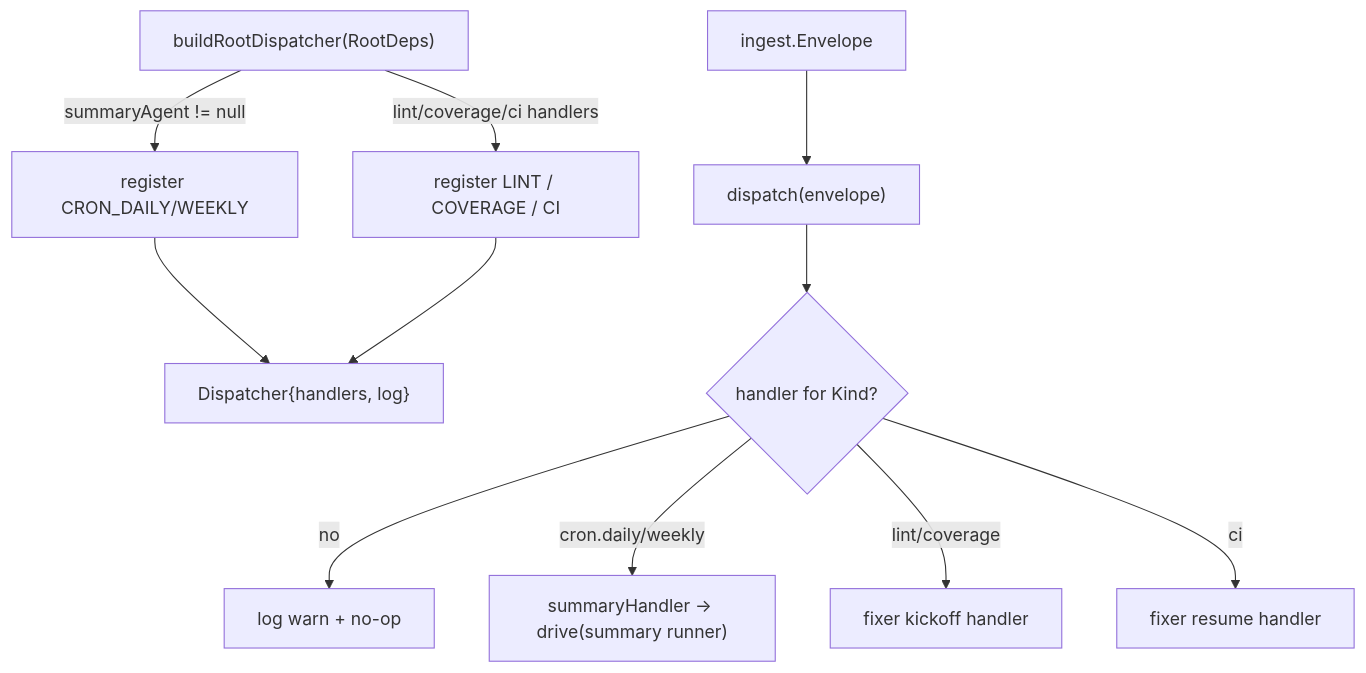
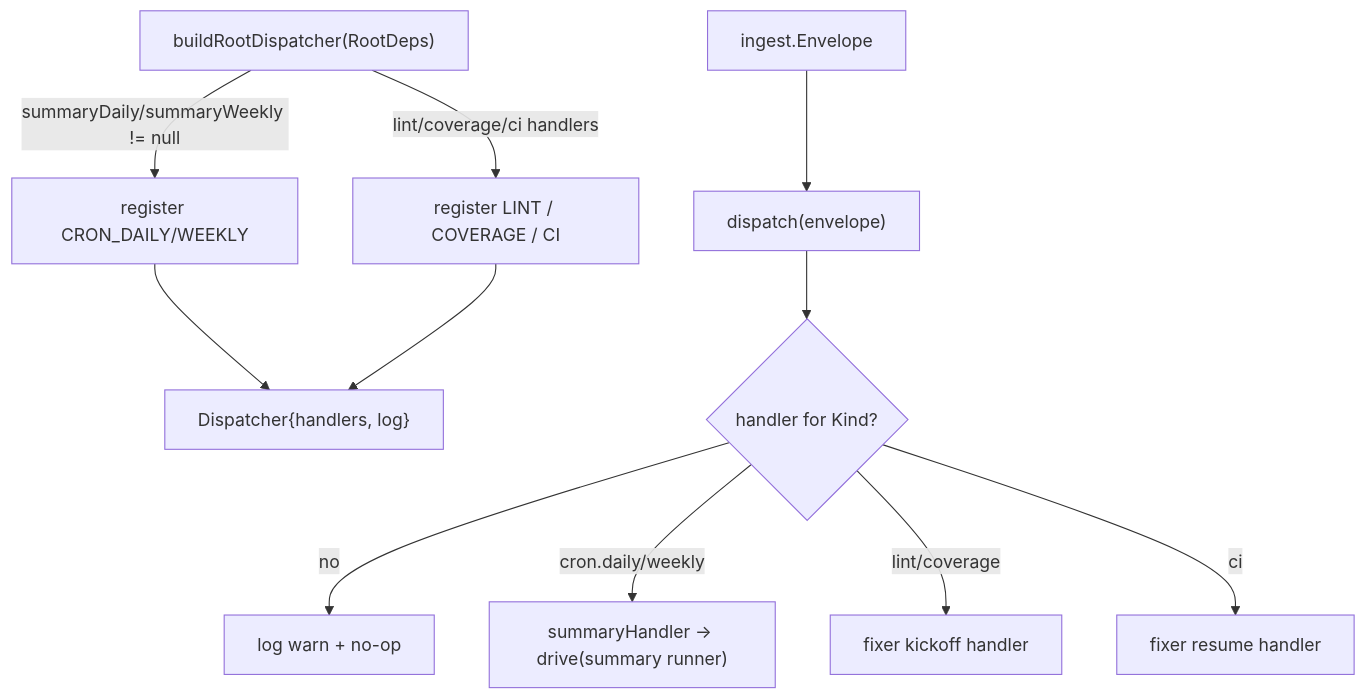
One commit to jkjamies/automation-agent changed the diagram in kotlin/src/main/kotlin/io/github/jkjamies/automationagent/agent/root/AGENTS.md. Above: the diagram before and after it, drawn with Mermaid. The commit also changed 18 other files, not shown here.

````diff
--- a/kotlin/src/main/kotlin/io/github/jkjamies/automationagent/agent/root/AGENTS.md
+++ b/kotlin/src/main/kotlin/io/github/jkjamies/automationagent/agent/root/AGENTS.md
@@ -7,13 +7,13 @@
 ```mermaid
 flowchart TD
-    Build["buildRootDispatcher(RootDeps)"] -->|"summaryAgent != null"| RegC["register CRON_DAILY/WEEKLY"]
+    Build["buildRootDispatcher(RootDeps)"] -->|"summaryDaily/summaryWeekly != null"| RegC["register CRON_DAILY/WEEKLY"]
     Build -->|"lint/coverage/ci handlers"| RegL["register LINT / COVERAGE / CI"]
     RegC --> D["Dispatcher{handlers, log}"]
     RegL --> D
     Env["ingest.Envelope"] --> Disp["dispatch(envelope)"]
     Disp --> M{"handler for Kind?"}
     M -->|no| Warn["log warn + no-op"]
     M -->|"cron.daily/weekly"| Sum["summaryHandler -> drive(summary runner)"]
     M -->|lint/coverage| LK["fixer kickoff handler"]
     M -->|ci| LR["fixer resume handler"]
 ```
````
